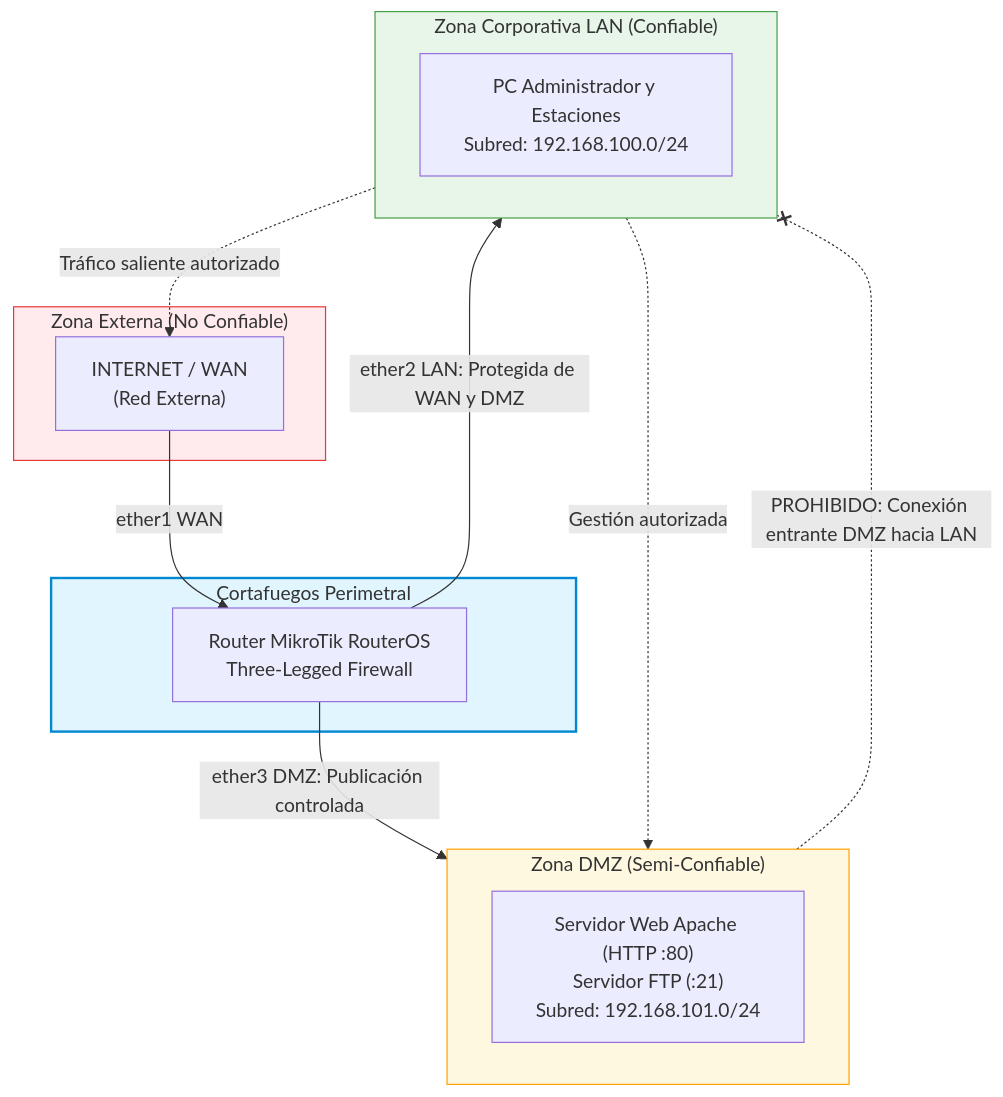
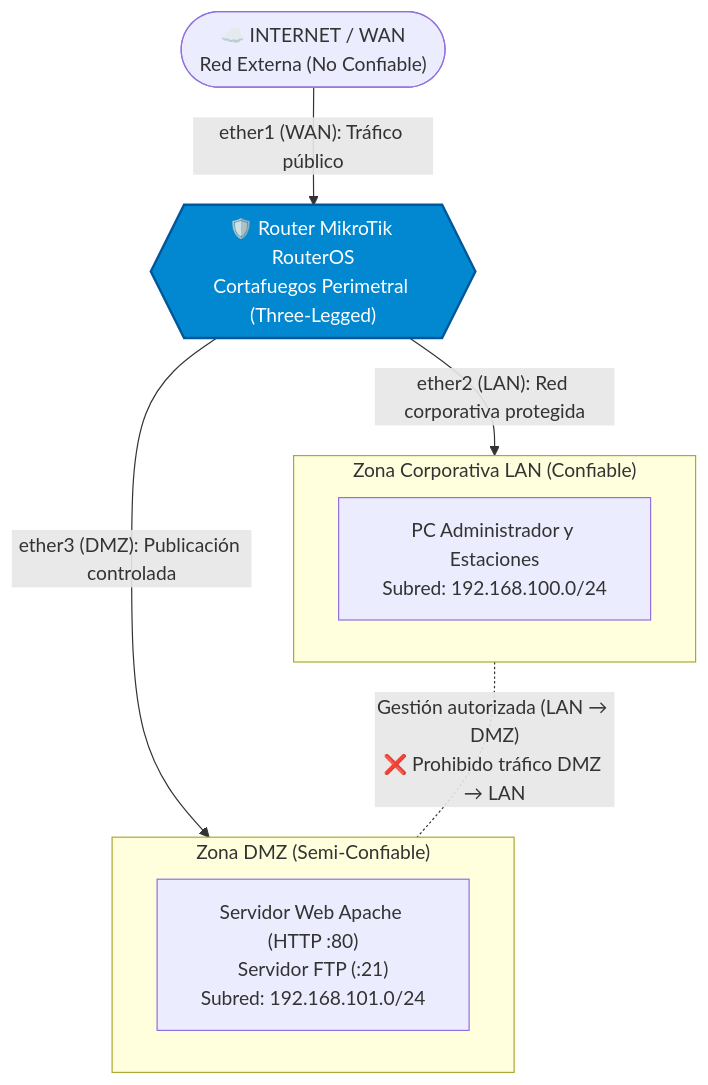
One commit to jmunozji/SAD changed the sixth of 7 diagrams in docs/Ud7 Seguridad Perimetral Cortafuegos y DMZ/Ud7_seguridad_perimetral_cortafuegos_y_dmz.md. Above: the diagram before and after it, drawn with Mermaid. The commit also changed other lines of this file and 1 other file, not shown here.

````diff
--- a/docs/Ud7 Seguridad Perimetral Cortafuegos y DMZ/Ud7_seguridad_perimetral_cortafuegos_y_dmz.md
+++ b/docs/Ud7 Seguridad Perimetral Cortafuegos y DMZ/Ud7_seguridad_perimetral_cortafuegos_y_dmz.md
@@ -308,30 +307,23 @@
 ```mermaid
-graph TD
-    subgraph WANZone ["Zona Externa (No Confiable)"]
-        WAN["INTERNET / WAN<br>(Red Externa)"]
-    end
+flowchart TD
+    WAN(["☁️ INTERNET / WAN<br>Red Externa (No Confiable)"])
 
-    subgraph FWZone ["Cortafuegos Perimetral"]
-        MKT["Router MikroTik RouterOS<br>Three-Legged Firewall"]
-    end
+    WAN -->|"ether1 (WAN): Tráfico público"| MKT
+
+    MKT{{"🛡️ Router MikroTik RouterOS<br>Cortafuegos Perimetral (Three-Legged)"}}
 
     subgraph DMZZone ["Zona DMZ (Semi-Confiable)"]
         Web["Servidor Web Apache (HTTP :80)<br>Servidor FTP (:21)<br>Subred: 192.168.101.0/24"]
     end
 
     subgraph LANZone ["Zona Corporativa LAN (Confiable)"]
         LAN["PC Administrador y Estaciones<br>Subred: 192.168.100.0/24"]
     end
 
-    WAN -->|ether1 WAN| MKT
-    MKT -->|ether3 DMZ: Publicación controlada| DMZZone
-    MKT -->|ether2 LAN: Protegida de WAN y DMZ| LANZone
-    LANZone -.->|Tráfico saliente autorizado| WAN
-    LANZone -.->|Gestión autorizada| DMZZone
-    DMZZone -.-x|PROHIBIDO: Conexión entrante DMZ hacia LAN| LANZone
+    MKT -->|"ether3 (DMZ): Publicación controlada"| DMZZone
+    MKT -->|"ether2 (LAN): Red corporativa protegida"| LANZone
 
-    style WANZone fill:#ffebee,stroke:#e53935,stroke-width:1px
-    style FWZone fill:#e1f5fe,stroke:#0288d1,stroke-width:2px
-    style DMZZone fill:#fff8e1,stroke:#ffa000,stroke-width:1px
-    style LANZone fill:#e8f5e9,stroke:#43a047,stroke-width:1px
+    LANZone -.-|"Gestión autorizada (LAN → DMZ)<br>❌ Prohibido tráfico DMZ → LAN"| DMZZone
+
+    style MKT fill:#0288d1,stroke:#01579b,stroke-width:2px,color:#ffffff
 ```
````
